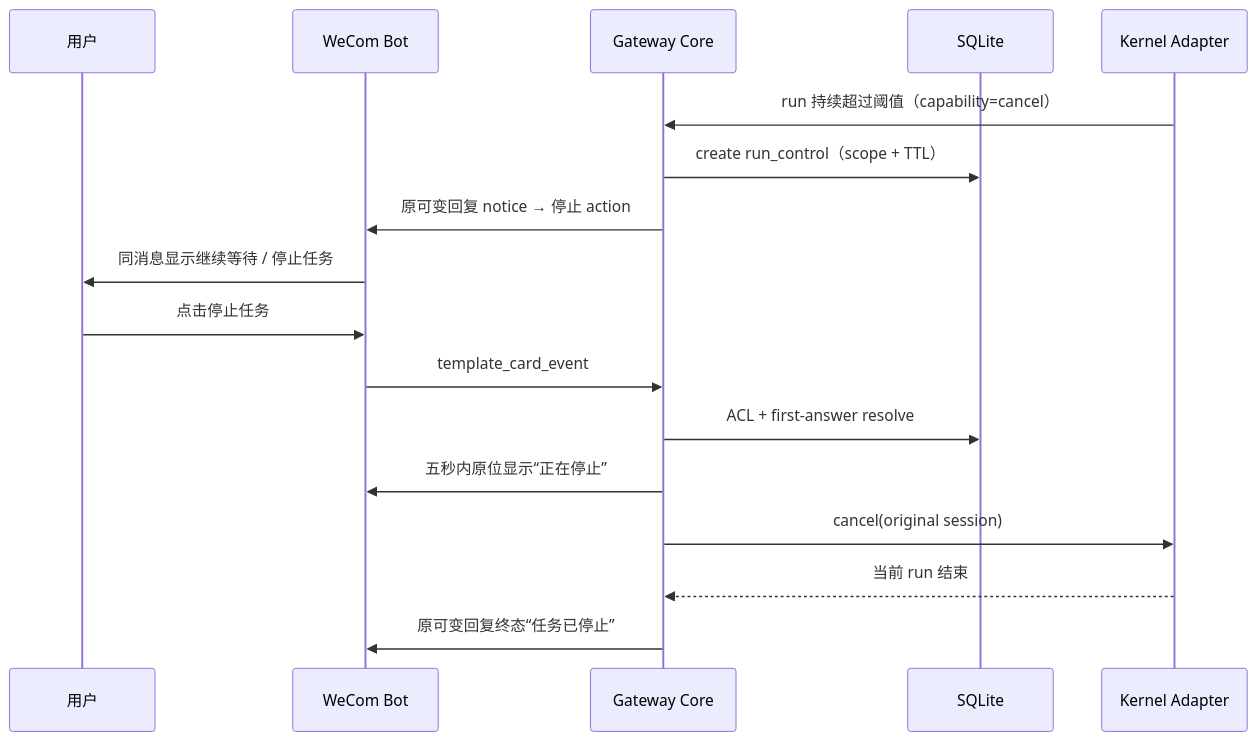
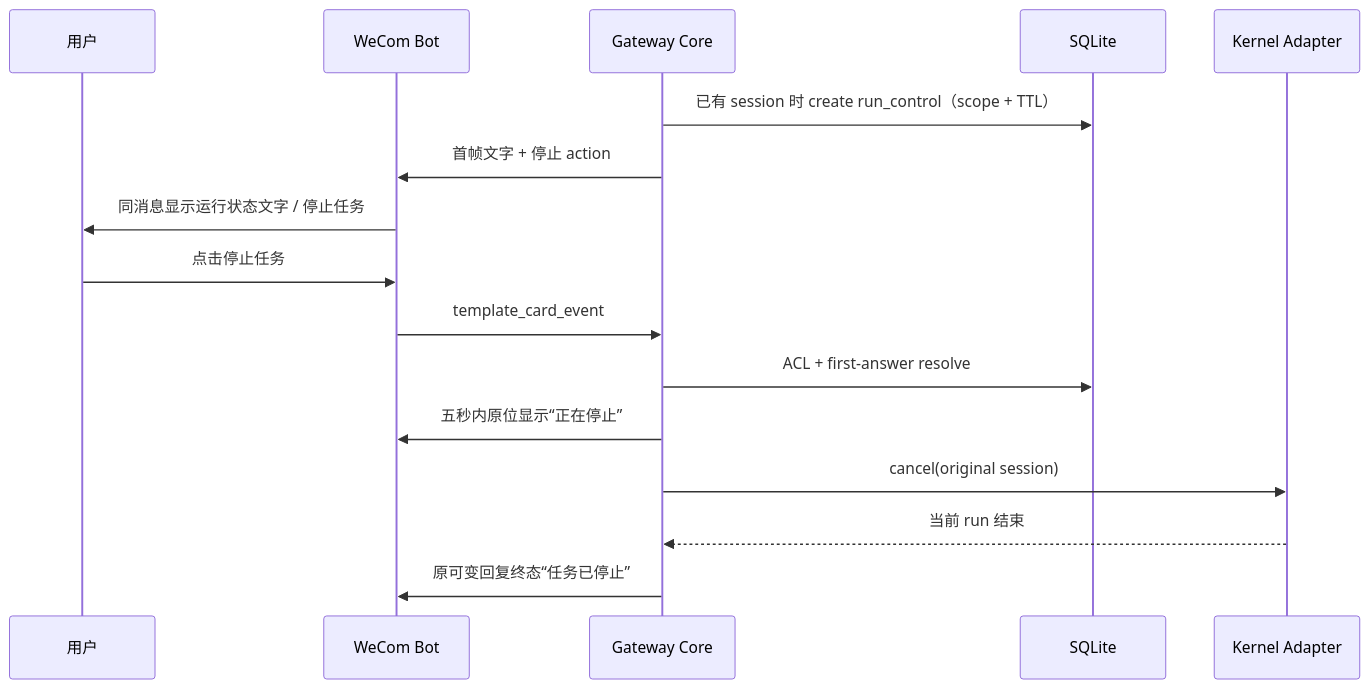
One commit to fyaic/wecom-agent-gateway changed the fifth of 6 diagrams in docs/interaction-cards.md. Above: the diagram before and after it, drawn with Mermaid. The commit also changed other lines of this file and 19 other files, not shown here.

````diff
--- a/docs/interaction-cards.md
+++ b/docs/interaction-cards.md
@@ -397,20 +397,19 @@
 ```mermaid
 sequenceDiagram
     participant U as 用户
     participant W as WeCom Bot
     participant G as Gateway Core
     participant S as SQLite
     participant A as Kernel Adapter
 
-    A->>G: run 持续超过阈值（capability=cancel）
-    G->>S: create run_control（scope + TTL）
-    G->>W: 原可变回复 notice → 停止 action
-    W->>U: 同消息显示继续等待 / 停止任务
+    G->>S: 已有 session 时 create run_control（scope + TTL）
+    G->>W: 首帧文字 + 停止 action
+    W->>U: 同消息显示运行状态文字 / 停止任务
     U->>W: 点击停止任务
     W->>G: template_card_event
     G->>S: ACL + first-answer resolve
     G->>W: 五秒内原位显示“正在停止”
     G->>A: cancel(original session)
     A-->>G: 当前 run 结束
     G->>W: 原可变回复终态“任务已停止”
 ```
````
